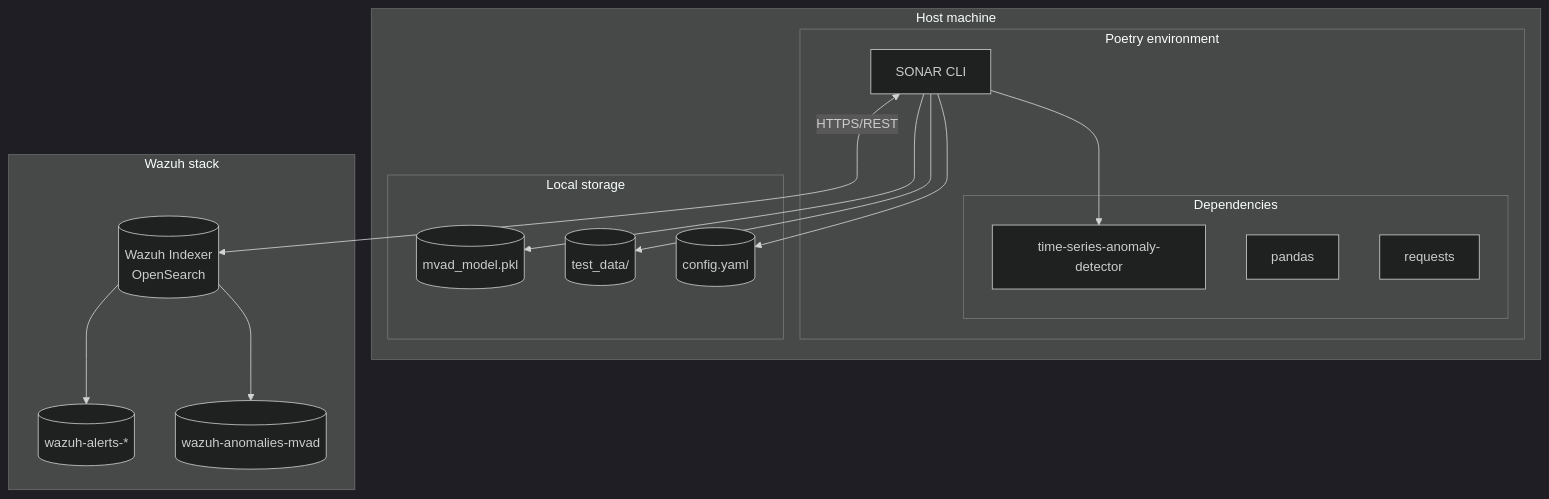
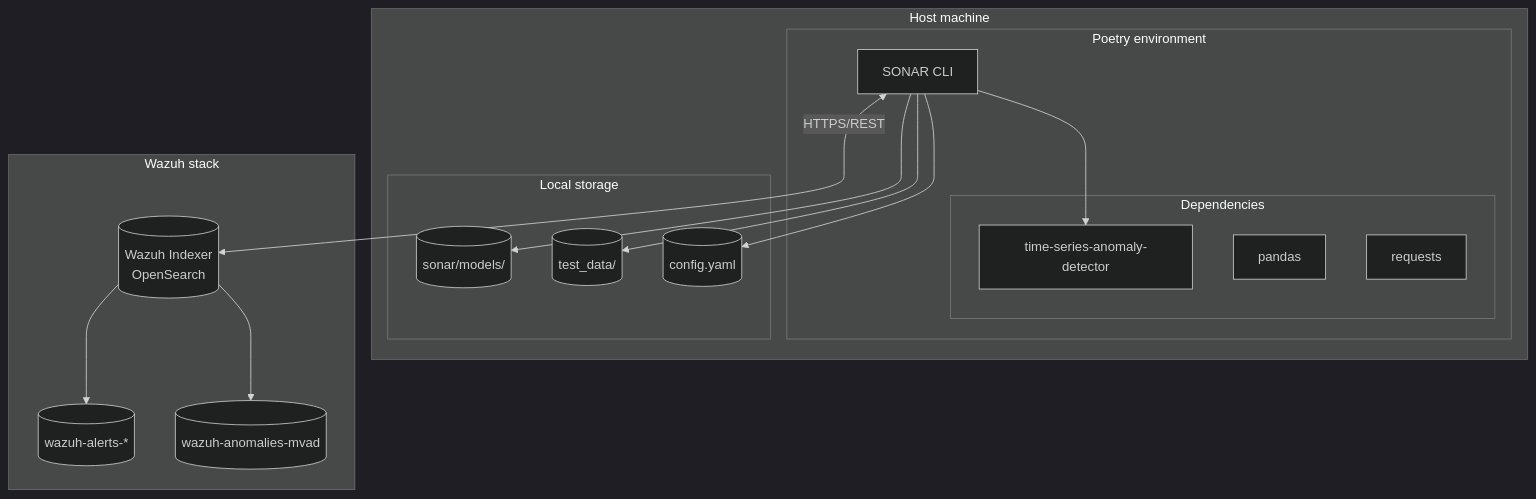
The ninth of 9 diagrams in docs/manual/sonar_docs/uml-diagrams.md (AbstractionsLab/idps-escape), drawn with Mermaid (dark theme) before and after one commit. The commit also changed other lines of this file and 117 other files, not shown here.

````diff
--- a/docs/manual/sonar_docs/uml-diagrams.md
+++ b/docs/manual/sonar_docs/uml-diagrams.md
@@ -574,33 +579,33 @@
 ```mermaid
 flowchart TB
     subgraph Host["Host machine"]
         subgraph Poetry["Poetry environment"]
             CLI[SONAR CLI]
             subgraph Deps["Dependencies"]
                 MVAD[time-series-anomaly-detector]
                 Pandas[pandas]
                 Requests[requests]
             end
         end
 
         subgraph Storage["Local storage"]
-            Model[(mvad_model.pkl)]
+            Model[(sonar/models/)]
             TestData[(test_data/)]
             Config[(config.yaml)]
         end
     end
 
     subgraph Wazuh["Wazuh stack"]
         Indexer[(Wazuh Indexer<br/>OpenSearch)]
         Alerts[(wazuh-alerts-*)]
         Anomalies[(wazuh-anomalies-mvad)]
     end
 
     CLI --> Model
     CLI --> TestData
     CLI --> Config
     CLI --> MVAD
     CLI <-->|HTTPS/REST| Indexer
     Indexer --> Alerts
     Indexer --> Anomalies
 ```
````
